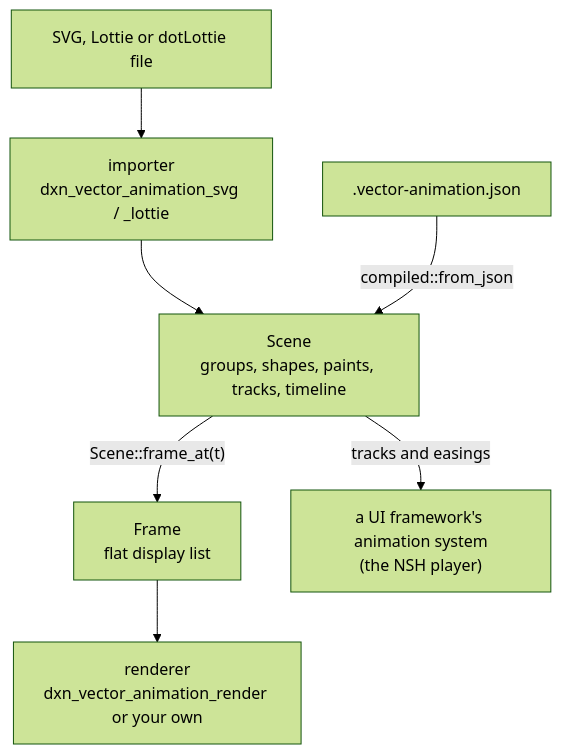
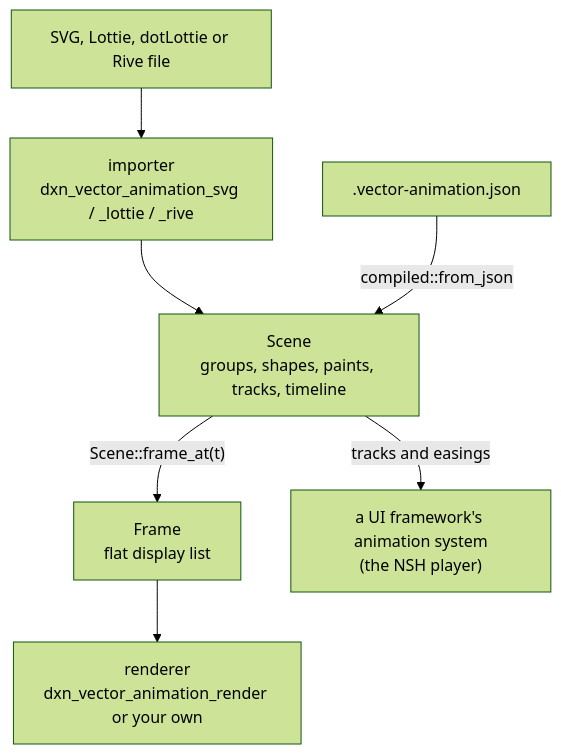
The diagram in website/content/docs/how-it-works.md (dXnSix/dXn.VectorAnimation), drawn with Mermaid (forest theme) before and after one commit. The commit also changed other lines of this file and 4 other files, not shown here.

````diff
--- a/website/content/docs/how-it-works.md
+++ b/website/content/docs/how-it-works.md
@@ -10,9 +10,9 @@
 ```mermaid
 flowchart TB
-    file["SVG, Lottie or dotLottie file"] --> importer["importer<br/>dxn_vector_animation_svg / _lottie"]
+    file["SVG, Lottie, dotLottie or Rive file"] --> importer["importer<br/>dxn_vector_animation_svg / _lottie / _rive"]
     importer --> scene["Scene<br/>groups, shapes, paints, tracks, timeline"]
     compiled[".vector-animation.json"] -- "compiled::from_json" --> scene
     scene -- "Scene::frame_at(t)" --> frame["Frame<br/>flat display list"]
     frame --> renderer["renderer<br/>dxn_vector_animation_render or your own"]
     scene -- "tracks and easings" --> native["a UI framework's animation system<br/>(the NSH player)"]
 ```
````
